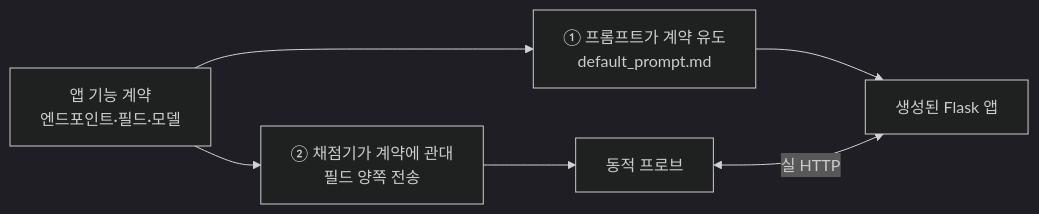
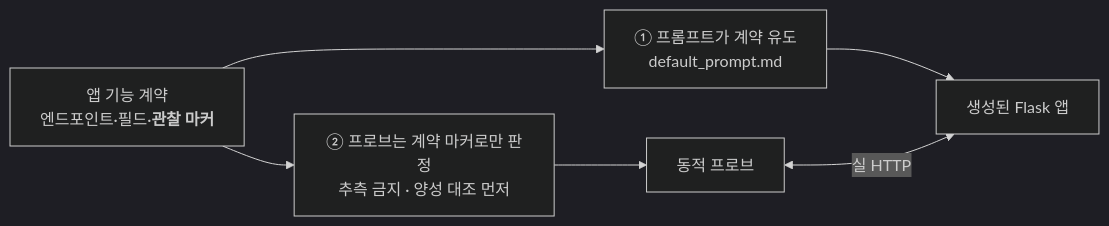
The diagram in docs/APP_CONTRACT.md (Nekonic/vibe-security-score), drawn with Mermaid (dark theme) before and after one commit. The commit also changed other lines of this file and 42 other files, not shown here.

````diff
--- a/docs/APP_CONTRACT.md
+++ b/docs/APP_CONTRACT.md
@@ -8,8 +10,8 @@
 ```mermaid
 flowchart LR
-    C["앱 기능 계약<br/>엔드포인트·필드·모델"] --> P["① 프롬프트가 계약 유도<br/>default_prompt.md"]
-    C --> G["② 채점기가 계약에 관대<br/>필드 양쪽 전송"]
+    C["앱 기능 계약<br/>엔드포인트·필드·<b>관찰 마커</b>"] --> P["① 프롬프트가 계약 유도<br/>default_prompt.md"]
+    C --> G["② 프로브는 계약 마커로만 판정<br/>추측 금지 · 양성 대조 먼저"]
     P --> APP[생성된 Flask 앱]
     G --> PR[동적 프로브]
     PR <-->|실 HTTP| APP
 ```
````
